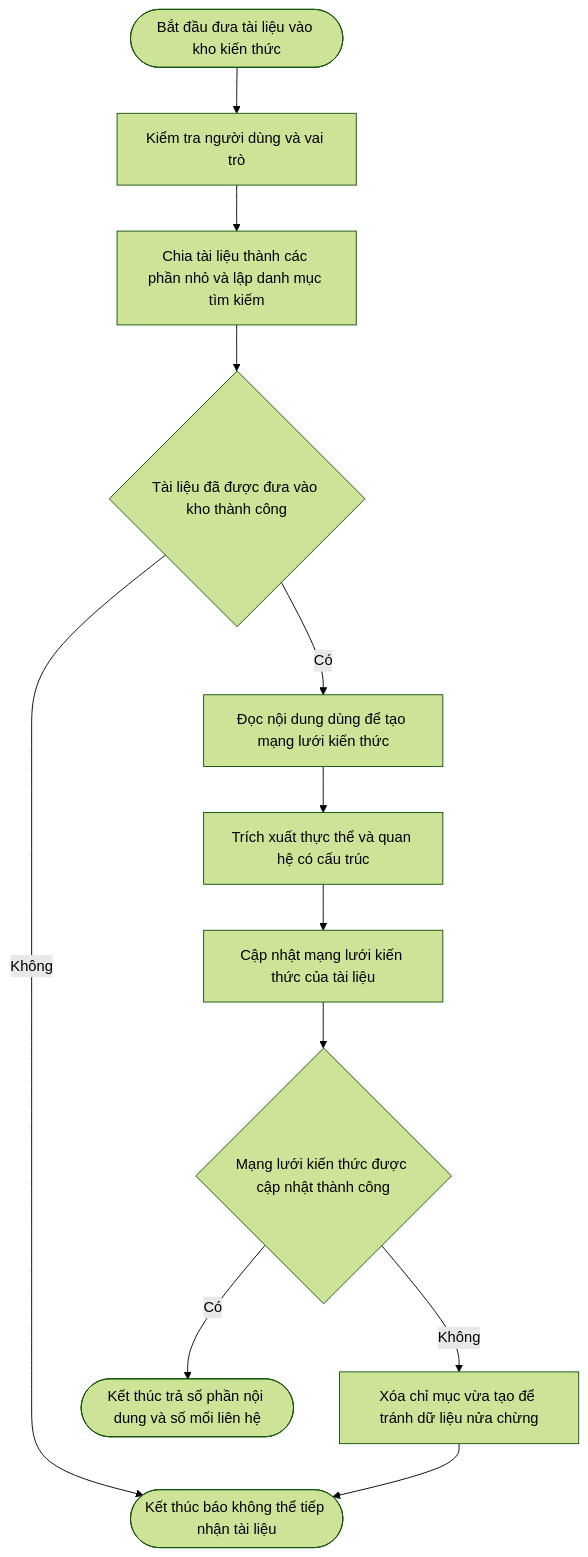
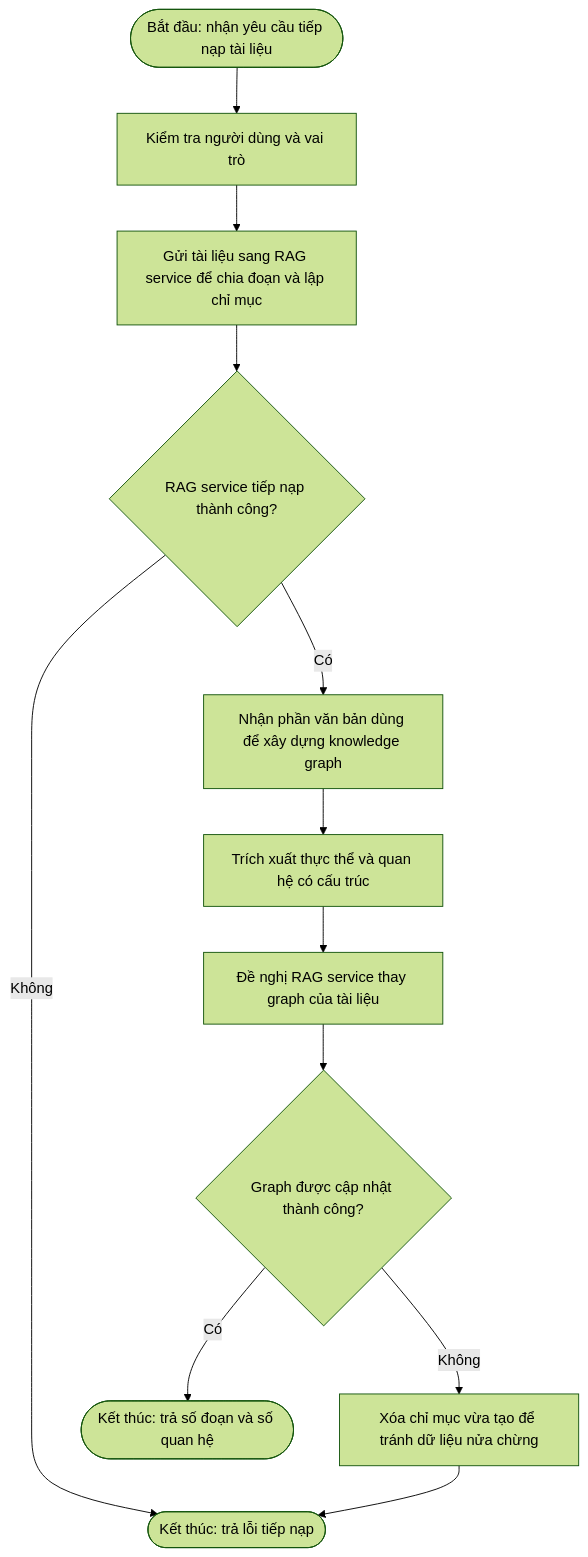
One commit to MinTruqday/dl changed the fifth of 10 diagrams in agentic_ai_workflow_and_architecture_guide_3.md. Above: the diagram before and after it, drawn with Mermaid (forest theme). The commit also changed other lines of this file and 78 other files, not shown here.

````diff
--- a/agentic_ai_workflow_and_architecture_guide_3.md
+++ b/agentic_ai_workflow_and_architecture_guide_3.md
@@ -207,14 +154,14 @@
 ```mermaid
 flowchart TD
-    Start([Bắt đầu đưa tài liệu vào kho kiến thức]) --> Authenticate[Kiểm tra người dùng và vai trò]
-    Authenticate --> SendToRAG[Chia tài liệu thành các phần nhỏ và lập danh mục tìm kiếm]
-    SendToRAG --> Ingested{Tài liệu đã được đưa vào kho thành công}
-    Ingested -->|Không| Fail([Kết thúc báo không thể tiếp nhận tài liệu])
-    Ingested -->|Có| ReadGraphText[Đọc nội dung dùng để tạo mạng lưới kiến thức]
+    Start([Bắt đầu: nhận yêu cầu tiếp nạp tài liệu]) --> Authenticate[Kiểm tra người dùng và vai trò]
+    Authenticate --> SendToRAG[Gửi tài liệu sang RAG service để chia đoạn và lập chỉ mục]
+    SendToRAG --> Ingested{RAG service tiếp nạp thành công?}
+    Ingested -->|Không| Fail([Kết thúc: trả lỗi tiếp nạp])
+    Ingested -->|Có| ReadGraphText[Nhận phần văn bản dùng để xây dựng knowledge graph]
     ReadGraphText --> ExtractRelations[Trích xuất thực thể và quan hệ có cấu trúc]
-    ExtractRelations --> ReplaceGraph[Cập nhật mạng lưới kiến thức của tài liệu]
-    ReplaceGraph --> GraphSaved{Mạng lưới kiến thức được cập nhật thành công}
-    GraphSaved -->|Có| End([Kết thúc trả số phần nội dung và số mối liên hệ])
+    ExtractRelations --> ReplaceGraph[Đề nghị RAG service thay graph của tài liệu]
+    ReplaceGraph --> GraphSaved{Graph được cập nhật thành công?}
+    GraphSaved -->|Có| End([Kết thúc: trả số đoạn và số quan hệ])
     GraphSaved -->|Không| DeleteIndex[Xóa chỉ mục vừa tạo để tránh dữ liệu nửa chừng]
     DeleteIndex --> Fail
 ```
````
